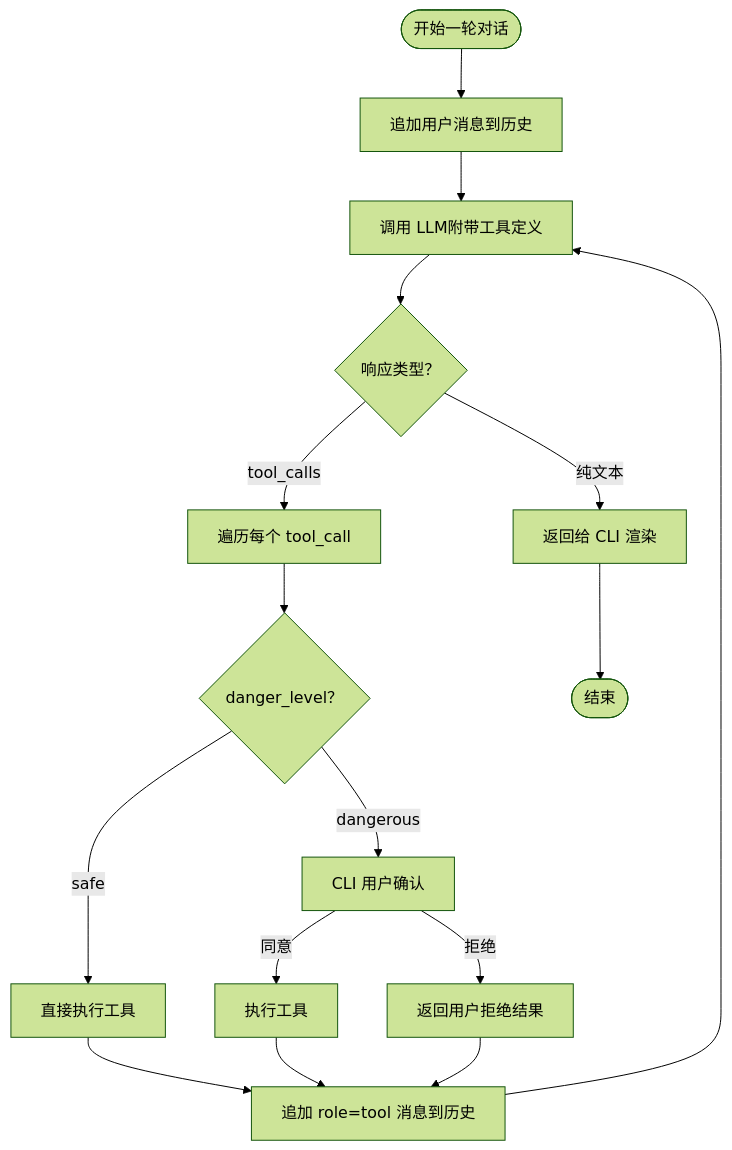
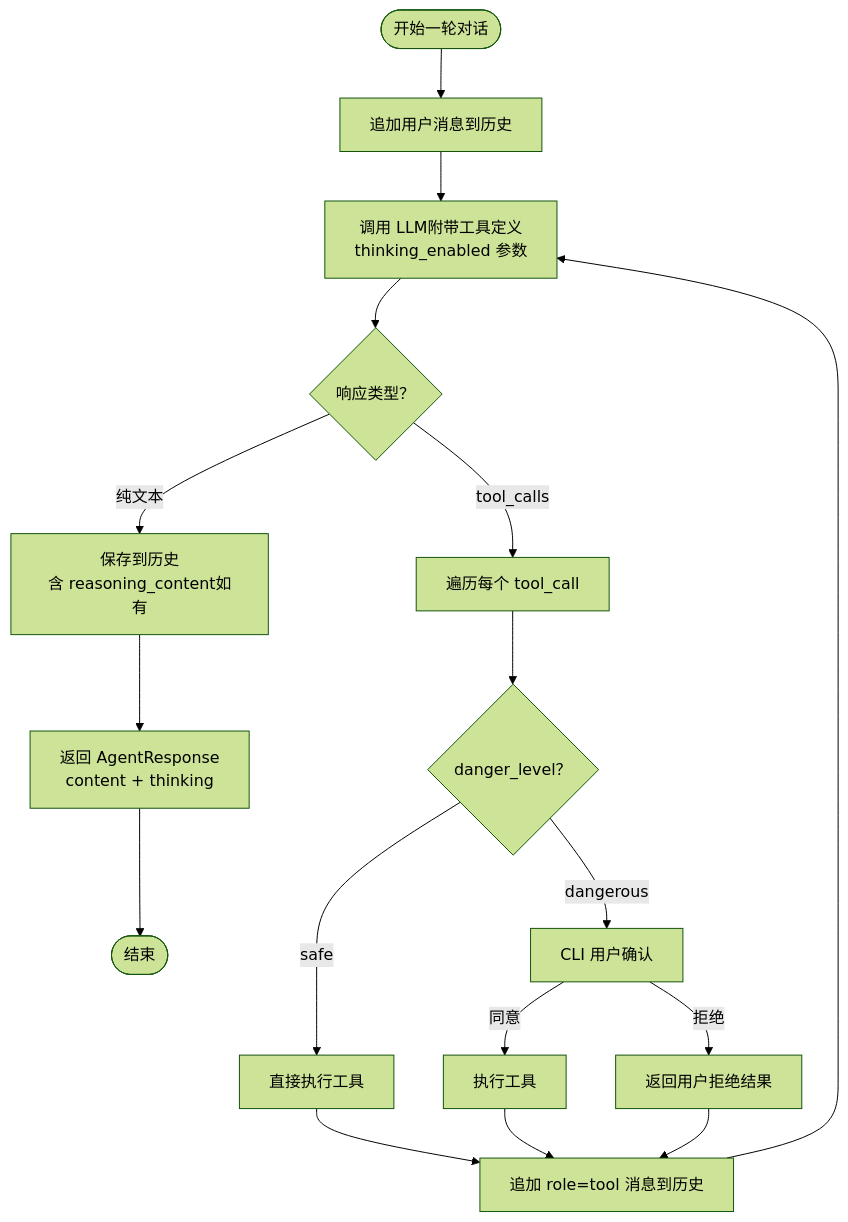
The sixth of 9 diagrams in .qoder/repowiki/zh/content/核心模块详解/核心模块详解.md (250shiwo/MySmallAgent), drawn with Mermaid (forest theme) before and after one commit. The commit also changed other lines of this file and 34 other files, not shown here.

````diff
--- a/.qoder/repowiki/zh/content/核心模块详解/核心模块详解.md
+++ b/.qoder/repowiki/zh/content/核心模块详解/核心模块详解.md
@@ -330,18 +370,19 @@
 ```mermaid
 flowchart TD
 Start(["开始一轮对话"]) --> AppendUser["追加用户消息到历史"]
-AppendUser --> CallLLM["调用 LLM附带工具定义"]
+AppendUser --> CallLLM["调用 LLM附带工具定义<br/>thinking_enabled 参数"]
 CallLLM --> CheckResponse{"响应类型？"}
-CheckResponse --> |纯文本| ReturnText["返回给 CLI 渲染"]
+CheckResponse --> |纯文本| SaveHistory["保存到历史<br/>含 reasoning_content如有"]
+SaveHistory --> ReturnText["返回 AgentResponse<br/>content + thinking"]
 CheckResponse --> |tool_calls| LoopCalls["遍历每个 tool_call"]
 LoopCalls --> CheckDanger{"danger_level？"}
 CheckDanger --> |safe| ExecSafe["直接执行工具"]
 CheckDanger --> |dangerous| Confirm["CLI 用户确认"]
 Confirm --> |同意| ExecDanger["执行工具"]
 Confirm --> |拒绝| ResultReject["返回用户拒绝结果"]
 ExecSafe --> AppendTool["追加 role=tool 消息到历史"]
 ExecDanger --> AppendTool
 ResultReject --> AppendTool
 AppendTool --> CallLLM
 ReturnText --> End(["结束"])
 ```
````
